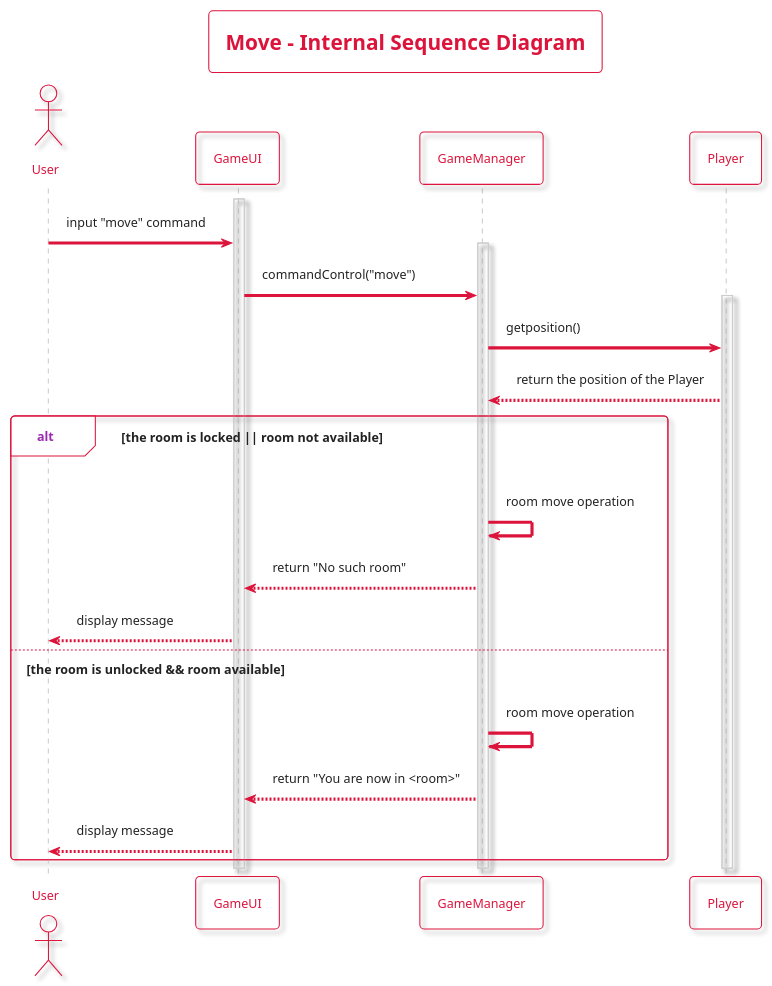
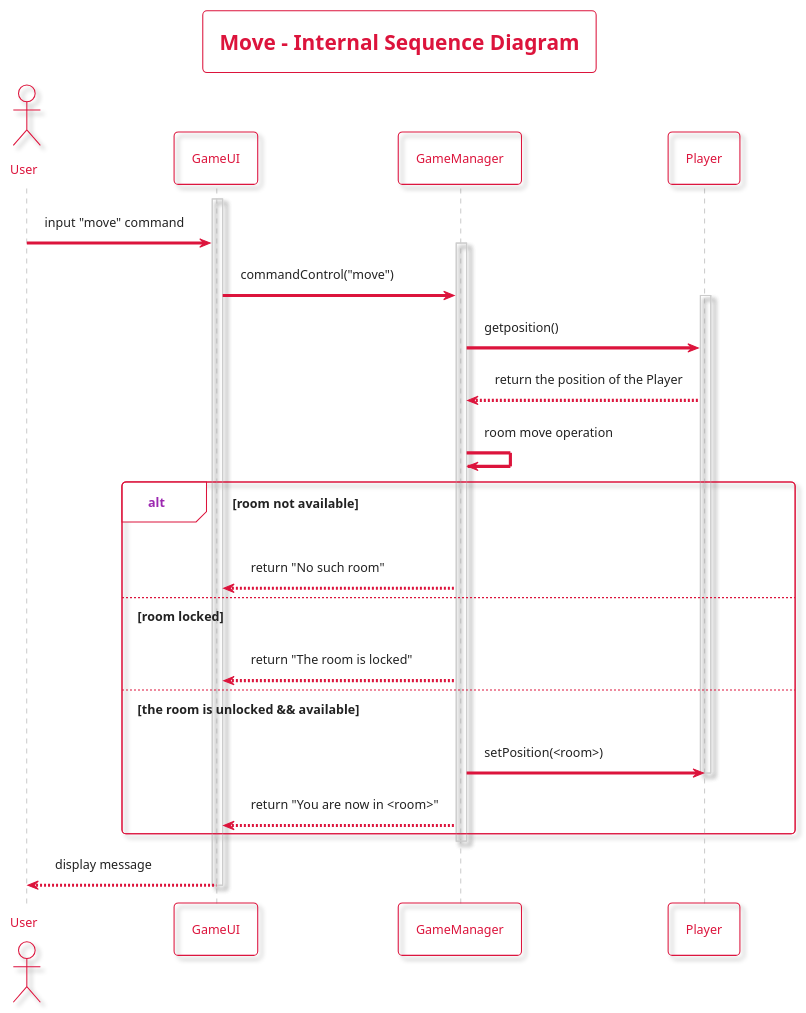
The diagram in docs/uml/MoveInternalSequenceDiagram.plantuml (LimeiGuan/Text_Adventure_Game), drawn with PlantUML before and after one commit.

```diff
--- a/docs/uml/MoveInternalSequenceDiagram.plantuml
+++ b/docs/uml/MoveInternalSequenceDiagram.plantuml
@@ -1,45 +1,49 @@
-@startuml EnterInternalSequenceDiagram
+@startuml MoveInternalSequenceDiagram
 
 !theme materia-outline
 
 skinparam ArrowColor #DC143C
 skinparam BackgroundColor #FFFFFF
 
 skinparam titleBorderColor #DC143C
 skinparam titleFontColor #DC143C
 
 skinparam ActorBorderColor #DC143C
 skinparam ActorFontColor #DC143C
 
 skinparam ParticipantFontColor #DC143C
 skinparam ParticipantBorderColor #DC143C
 
 skinparam SequenceGroupBorderColor #DC143C
 
 title Move - Internal Sequence Diagram
 
 actor User
 participant GameUI
 participant GameManager
 participant Player
 
 activate GameUI
 User -> GameUI : input "move" command
 
 activate GameManager
 GameUI -> GameManager : commandControl("move")
 
 activate Player
 GameManager -> Player : getposition()
 Player --> GameManager : return the position of the Player
-  alt the room is locked || room not available
-    GameManager -> GameManager : room move operation
+GameManager -> GameManager : room move operation
+  alt room not available
     GameManager --> GameUI : return "No such room"
-    GameUI --> User : display message
-  else the room is unlocked && room available
-    GameManager -> GameManager : room move operation
+  else room locked
+    GameManager --> GameUI : return "The room is locked"
+  else the room is unlocked && available
+    GameManager -> Player : setPosition(<room>)
+    deactivate Player
     GameManager --> GameUI : return "You are now in <room>"
-    GameUI --> User : display message
   end
+deactivate GameManager
+GameUI --> User : display message
+  deactivate GameUI
 
 @enduml
```
